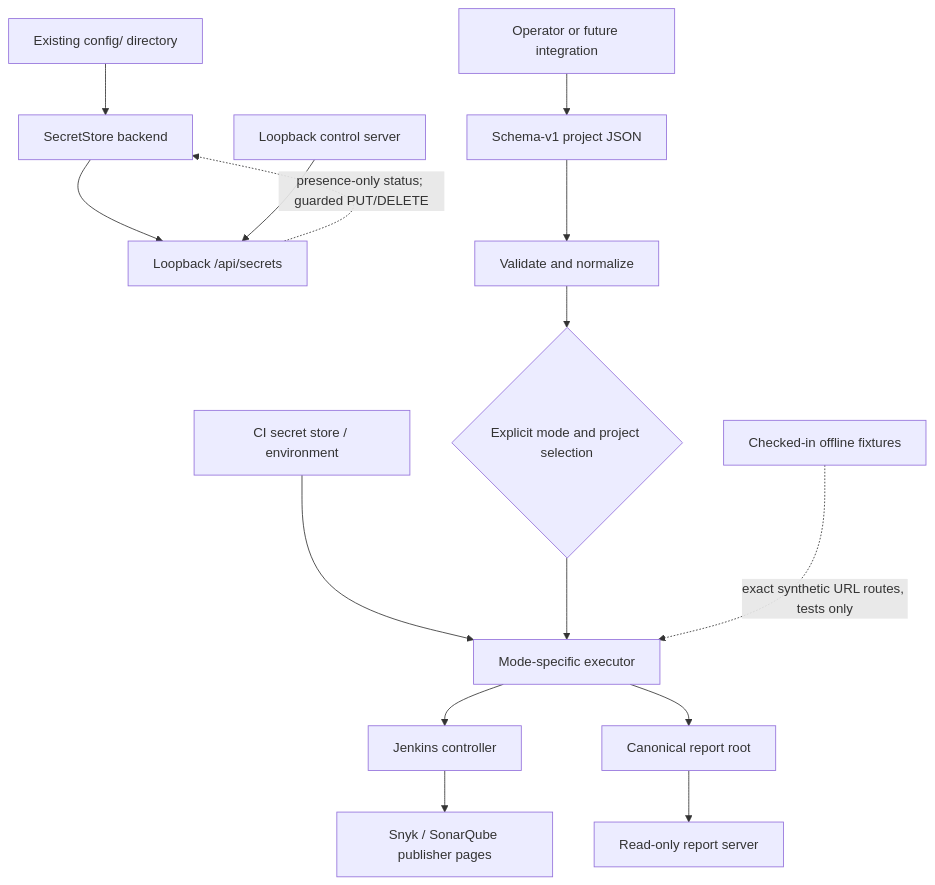
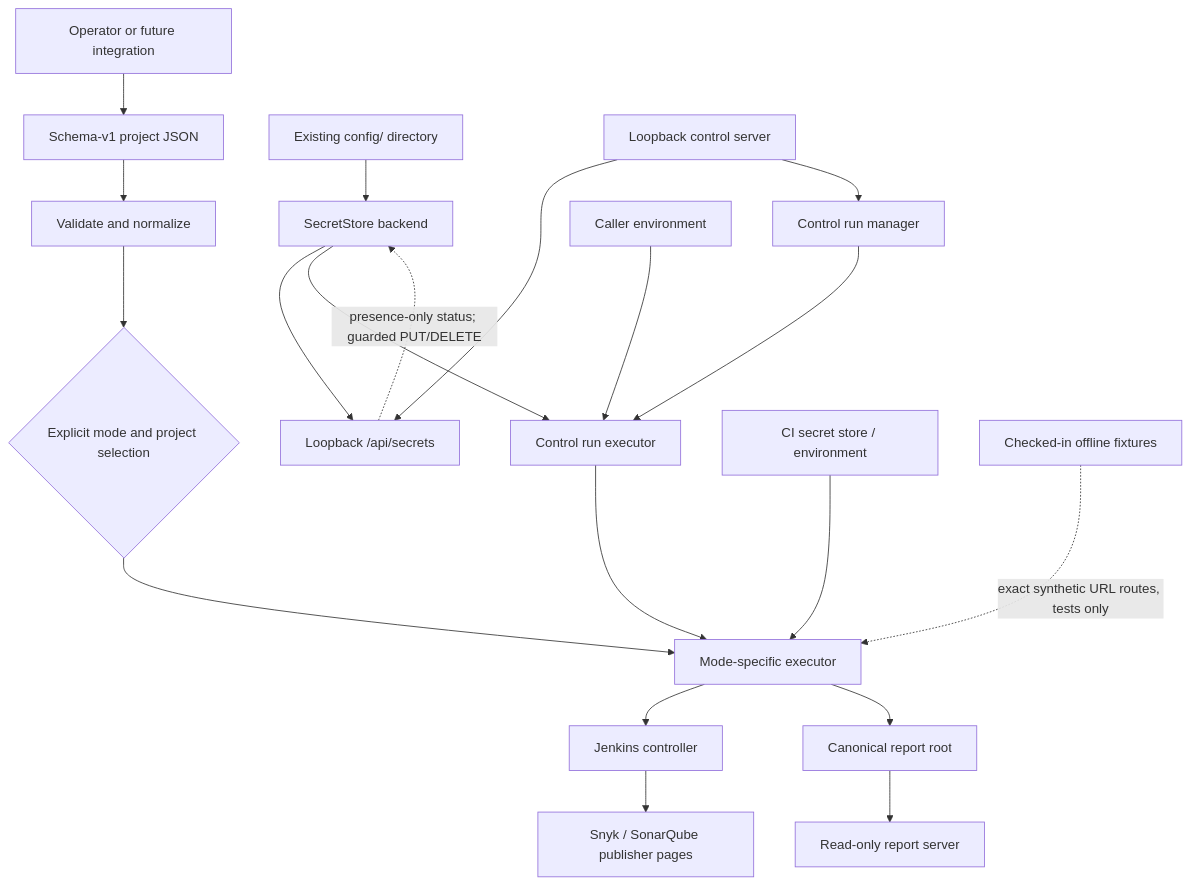
The first of 3 diagrams in docs/system-architecture.md (loidinhm31/auto-jobs), drawn with Mermaid before and after one commit. The commit also changed other lines of this file and 15 other files, not shown here.

Commit message:
feat(control): inject dynamic credentials into run executor environment

````diff
--- a/docs/system-architecture.md
+++ b/docs/system-architecture.md
@@ -28,17 +31,22 @@
 ```mermaid
 flowchart TB
   Operator[Operator or future integration] --> ConfigFile[Schema-v1 project JSON]
   ConfigRoot[Existing config/ directory] --> SecretStore[SecretStore backend]
   SecretStore --> SecretsApi[Loopback /api/secrets]
   Control[Loopback control server] --> SecretsApi
   SecretsApi -. presence-only status; guarded PUT/DELETE .-> SecretStore
-  Secrets[CI secret store / environment] --> Executor
+  Control --> RunManager[Control run manager]
+  RunManager --> ControlExecutor[Control run executor]
   ConfigFile --> Loader[Validate and normalize]
   Loader --> Selector{Explicit mode and project selection}
+  BaseEnv[Caller environment] --> ControlExecutor
+  SecretStore --> ControlExecutor
+  Secrets[CI secret store / environment] --> Executor
   Selector --> Executor[Mode-specific executor]
-  Executor --> Jenkins[Jenkins controller]
-  Jenkins --> ReportSources[Snyk / SonarQube publisher pages]
+  ControlExecutor --> Executor
+  Jenkins[Jenkins controller] --> ReportSources[Snyk / SonarQube publisher pages]
+  Executor --> Jenkins
   Executor --> ReportRoot[Canonical report root]
   ReportRoot --> ReadOnlyServer[Read-only report server]
   Templates[Checked-in offline fixtures] -. exact synthetic URL routes, tests only .-> Executor
 ```
````
